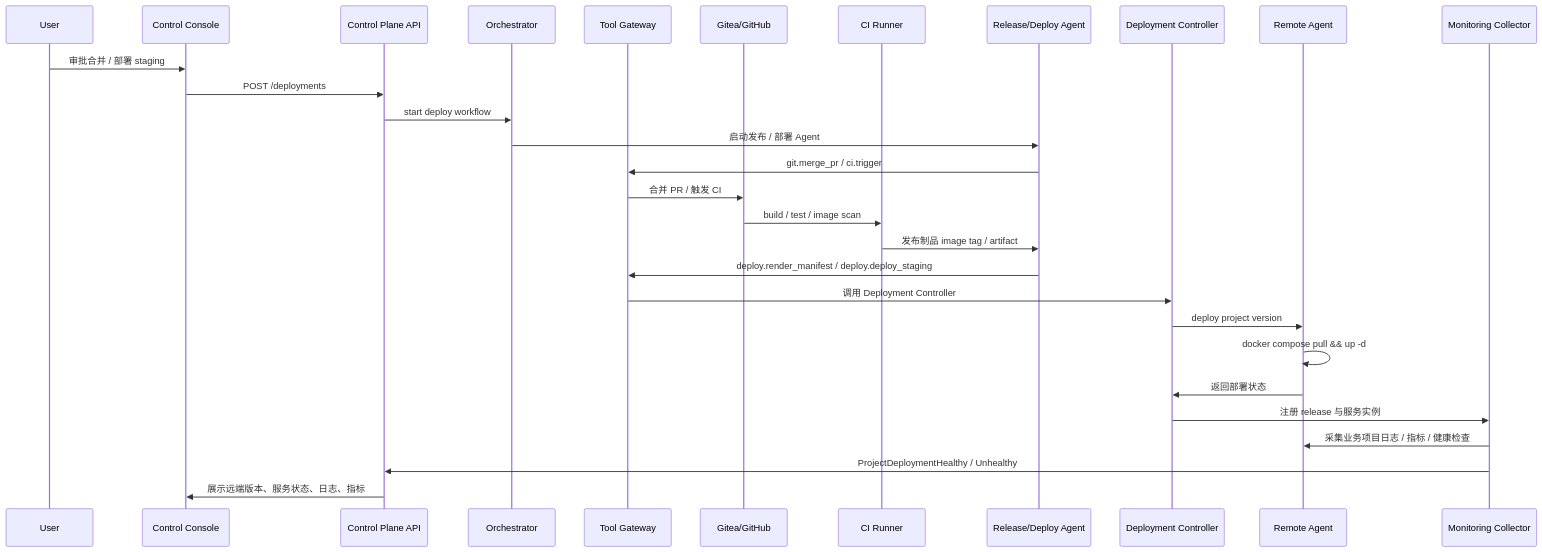
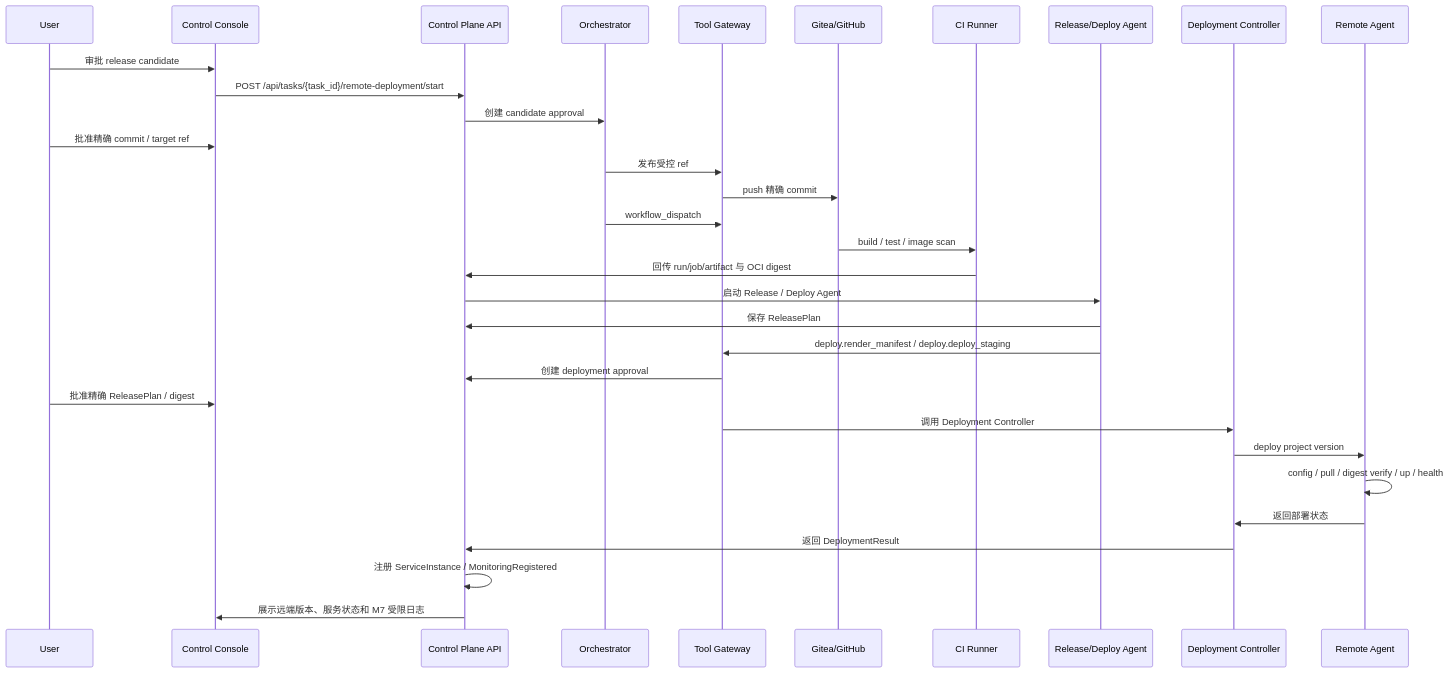
One commit to ChaceQC/CloudHelm changed the fourth of 4 diagrams in 云舵 CloudHelm 毕设设计书.md. Above: the diagram before and after it, drawn with Mermaid. The commit also changed other lines of this file and 36 other files, not shown here.

````diff
--- a/云舵 CloudHelm 毕设设计书.md
+++ b/云舵 CloudHelm 毕设设计书.md
@@ -1227,32 +1237,35 @@
 ```mermaid
 sequenceDiagram
     participant U as User
     participant C as Control Console
     participant API as Control Plane API
     participant O as Orchestrator
     participant T as Tool Gateway
     participant G as Gitea/GitHub
     participant CI as CI Runner
     participant RA as Release/Deploy Agent
     participant D as Deployment Controller
     participant R as Remote Agent
-    participant M as Monitoring Collector
 
-    U->>C: 审批合并 / 部署 staging
-    C->>API: POST /deployments
-    API->>O: start deploy workflow
-    O->>RA: 启动发布 / 部署 Agent
-    RA->>T: git.merge_pr / ci.trigger
-    T->>G: 合并 PR / 触发 CI
+    U->>C: 审批 release candidate
+    C->>API: POST /api/tasks/{task_id}/remote-deployment/start
+    API->>O: 创建 candidate approval
+    U->>C: 批准精确 commit / target ref
+    O->>T: 发布受控 ref
+    T->>G: push 精确 commit
+    O->>T: workflow_dispatch
     G->>CI: build / test / image scan
-    CI->>RA: 发布制品 image tag / artifact
+    CI->>API: 回传 run/job/artifact 与 OCI digest
+    API->>RA: 启动 Release / Deploy Agent
+    RA->>API: 保存 ReleasePlan
     RA->>T: deploy.render_manifest / deploy.deploy_staging
+    T->>API: 创建 deployment approval
+    U->>C: 批准精确 ReleasePlan / digest
     T->>D: 调用 Deployment Controller
     D->>R: deploy project version
-    R->>R: docker compose pull && up -d
+    R->>R: config / pull / digest verify / up / health
     R->>D: 返回部署状态
-    D->>M: 注册 release 与服务实例
-    M->>R: 采集业务项目日志 / 指标 / 健康检查
-    M->>API: ProjectDeploymentHealthy / Unhealthy
-    API->>C: 展示远端版本、服务状态、日志、指标
+    D->>API: 返回 DeploymentResult
+    API->>API: 注册 ServiceInstance / MonitoringRegistered
+    API->>C: 展示远端版本、服务状态和 M7 受限日志
 ```
````
